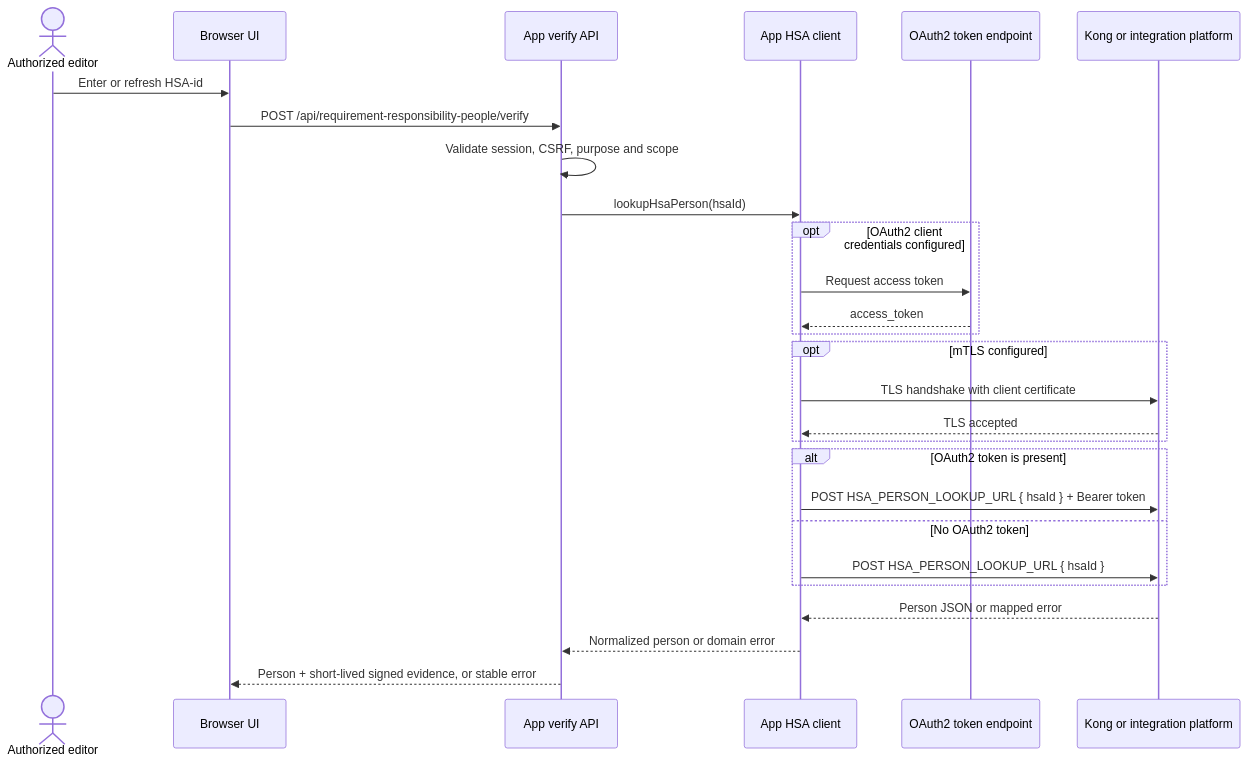
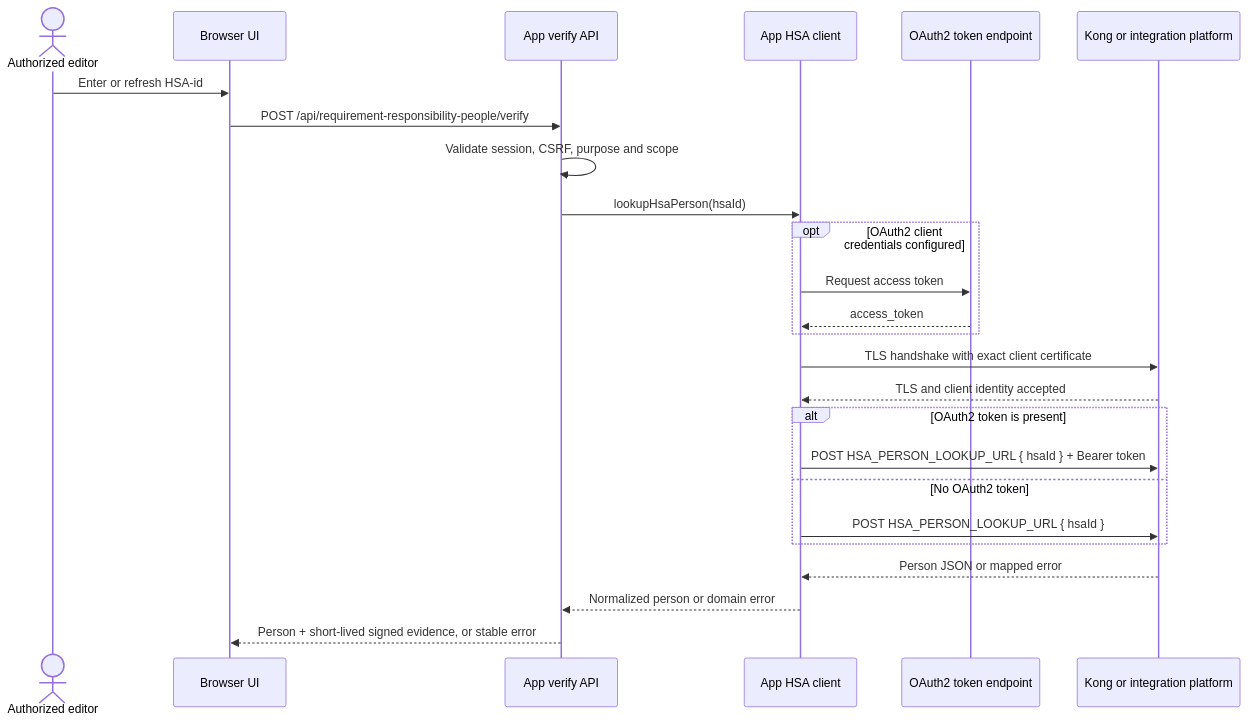
Before and after one commit to viscalyx/Kravhantering: the first of 3 diagrams in docs/integrations/hsa-person-lookup-integration.md, drawn with Mermaid. The commit also changed other lines of this file and 141 other files, not shown here.

````diff
--- a/docs/integrations/hsa-person-lookup-integration.md
+++ b/docs/integrations/hsa-person-lookup-integration.md
@@ -158,33 +174,31 @@
 ```mermaid
 sequenceDiagram
     actor Editor as Authorized editor
     participant UI as Browser UI
     participant Verify as App verify API
     participant Client as App HSA client
     participant Token as OAuth2 token endpoint
     participant Kong as Kong or integration platform
 
     Editor->>UI: Enter or refresh HSA-id
     UI->>Verify: POST /api/requirement-responsibility-people/verify
     Verify->>Verify: Validate session, CSRF, purpose and scope
     Verify->>Client: lookupHsaPerson(hsaId)
 
     opt OAuth2 client credentials configured
         Client->>Token: Request access token
         Token-->>Client: access_token
     end
 
-    opt mTLS configured
-        Client->>Kong: TLS handshake with client certificate
-        Kong-->>Client: TLS accepted
-    end
+    Client->>Kong: TLS handshake with exact client certificate
+    Kong-->>Client: TLS and client identity accepted
 
     alt OAuth2 token is present
         Client->>Kong: POST HSA_PERSON_LOOKUP_URL { hsaId } + Bearer token
     else No OAuth2 token
         Client->>Kong: POST HSA_PERSON_LOOKUP_URL { hsaId }
     end
     Kong-->>Client: Person JSON or mapped error
     Client-->>Verify: Normalized person or domain error
     Verify-->>UI: Person + short-lived signed evidence, or stable error
 ```
````
